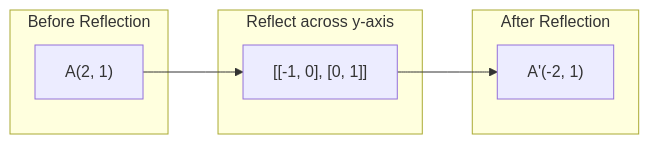
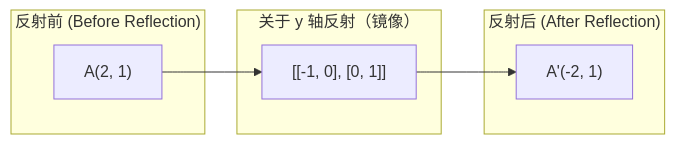
The fifth of 7 diagrams in phases/01-math-foundations/03-matrix-transformations/docs/zh-CN.md (SmallMX/ai-engineering-from-scratch), drawn with Mermaid before and after one commit. The commit also changed other lines of this file and 1 other file, not shown here.

````diff
--- a/phases/01-math-foundations/03-matrix-transformations/docs/zh-CN.md
+++ b/phases/01-math-foundations/03-matrix-transformations/docs/zh-CN.md
@@ -129,13 +132,13 @@
 ```mermaid
 graph LR
-    subgraph Before["Before Reflection"]
+    subgraph Before["反射前 (Before Reflection)"]
         A["A(2, 1)"]
     end
-    subgraph Reflect["Reflect across y-axis"]
+    subgraph Reflect["关于 y 轴反射（镜像）"]
         R["[[-1, 0], [0, 1]]"]
     end
-    subgraph After["After Reflection"]
+    subgraph After["反射后 (After Reflection)"]
         Ap["A'(-2, 1)"]
     end
     A --> R --> Ap
 ```
````
